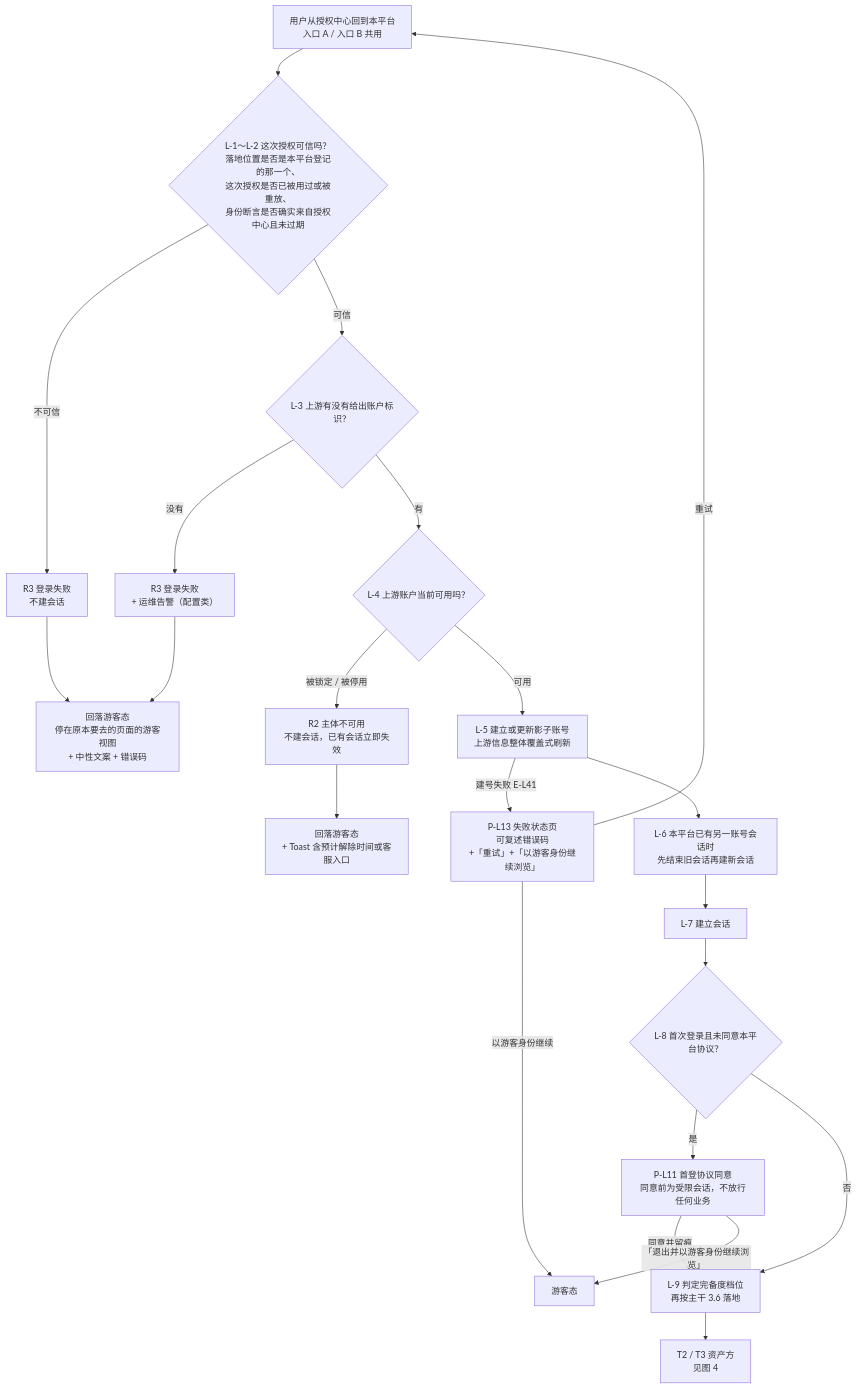
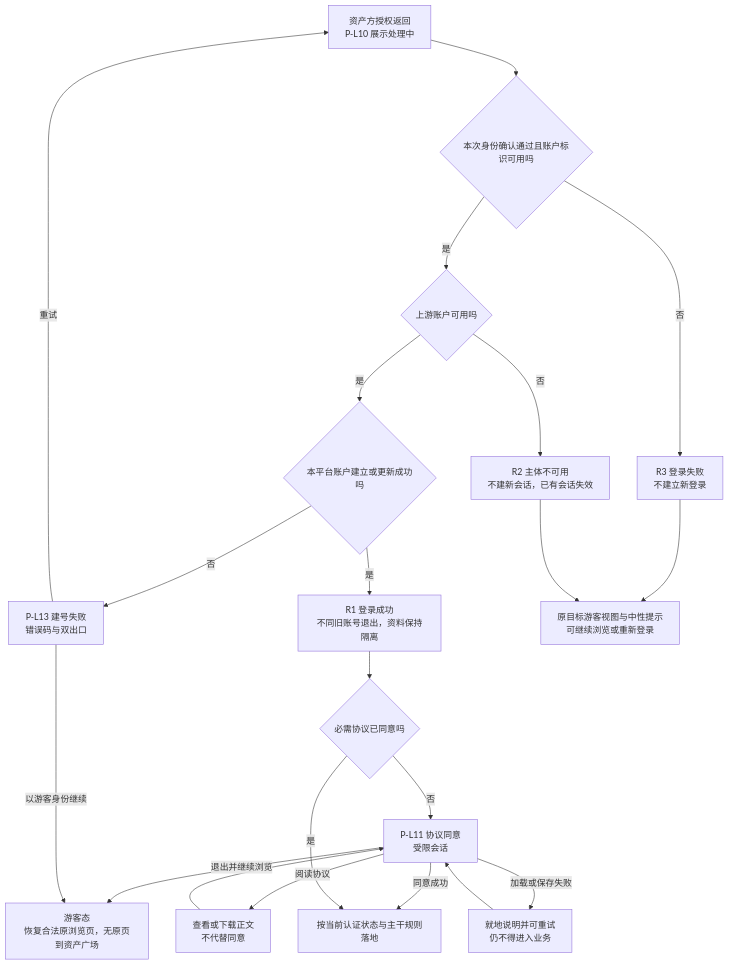
One commit to wxblockchain/Chain-Financing changed the second of 6 diagrams in lending-platform/PRD/v2.0-登录与账户体系/03-登录主干与资产方SSO接入-流程图与状态机.md. Above: the diagram before and after it, drawn with Mermaid. The commit also changed other lines of this file and 6 other files, not shown here.

````diff
--- a/lending-platform/PRD/v2.0-登录与账户体系/03-登录主干与资产方SSO接入-流程图与状态机.md
+++ b/lending-platform/PRD/v2.0-登录与账户体系/03-登录主干与资产方SSO接入-流程图与状态机.md
@@ -87,26 +54,23 @@
 ```mermaid
 flowchart TD
-    CB["用户从授权中心回到本平台<br/>入口 A / 入口 B 共用"]
-    CB --> L1{"L-1～L-2 这次授权可信吗？<br/>落地位置是否是本平台登记的那一个、<br/>这次授权是否已被用过或被重放、<br/>身份断言是否确实来自授权中心且未过期"}
-    L1 -->|不可信| R3["R3 登录失败<br/>不建会话"]
-    L1 -->|可信| L3{"L-3 上游有没有给出账户标识？"}
-    L3 -->|没有| R3A["R3 登录失败<br/>+ 运维告警（配置类）"]
-    L3 -->|有| L4{"L-4 上游账户当前可用吗？"}
-    L4 -->|"被锁定 / 被停用"| R2["R2 主体不可用<br/>不建会话，已有会话立即失效"]
-    L4 -->|可用| L5["L-5 建立或更新影子账号<br/>上游信息整体覆盖式刷新"]
-    L5 -->|建号失败 E-L41| P13["P-L13 失败状态页<br/>可复述错误码<br/>+「重试」+「以游客身份继续浏览」"]
-    L5 --> L6["L-6 本平台已有另一账号会话时<br/>先结束旧会话再建新会话"]
-    L6 --> L7["L-7 建立会话"]
-    L7 --> L8{"L-8 首次登录且未同意本平台协议？"}
-    L8 -->|是| P11["P-L11 首登协议同意<br/>同意前为受限会话，不放行任何业务"]
-    L8 -->|否| L9
-    P11 -->|同意并留痕| L9["L-9 判定完备度档位<br/>再按主干 3.6 落地"]
-    P11 -->|「退出并以游客身份继续浏览」| G["游客态"]
-    L9 --> T["T2 / T3 资产方<br/>见图 4"]
-
-    R3 --> FB["回落游客态<br/>停在原本要去的页面的游客视图<br/>+ 中性文案 + 错误码"]
-    R3A --> FB
-    R2 --> FB2["回落游客态<br/>+ Toast 含预计解除时间或客服入口"]
-    P13 -->|重试| CB
-    P13 -->|以游客身份继续| G
+    START["资产方授权返回<br/>P-L10 展示处理中"] --> TRUST{"本次身份确认通过且账户标识可用吗"}
+    TRUST -->|否| FAIL["R3 登录失败<br/>不建立新登录"]
+    TRUST -->|是| AVAILABLE{"上游账户可用吗"}
+    AVAILABLE -->|否| BLOCK["R2 主体不可用<br/>不建新会话，已有会话失效"]
+    AVAILABLE -->|是| ACCOUNT{"本平台账户建立或更新成功吗"}
+    ACCOUNT -->|否| P13["P-L13 建号失败<br/>错误码与双出口"]
+    ACCOUNT -->|是| SIGNIN["R1 登录成功<br/>不同旧账号退出，资料保持隔离"]
+    SIGNIN --> CONSENT{"必需协议已同意吗"}
+    CONSENT -->|否| P11["P-L11 协议同意<br/>受限会话"]
+    P11 -->|阅读协议| READ["查看或下载正文<br/>不代替同意"]
+    READ --> P11
+    P11 -->|同意成功| LAND["按当前认证状态与主干规则落地"]
+    P11 -->|加载或保存失败| RETRY["就地说明并可重试<br/>仍不得进入业务"]
+    RETRY --> P11
+    P11 -->|退出并继续浏览| GUEST["游客态<br/>恢复合法原浏览页，无原页到资产广场"]
+    CONSENT -->|是| LAND
+    FAIL --> FEEDBACK["原目标游客视图与中性提示<br/>可继续浏览或重新登录"]
+    BLOCK --> FEEDBACK
+    P13 -->|重试| START
+    P13 -->|以游客身份继续| GUEST
 ```
````
